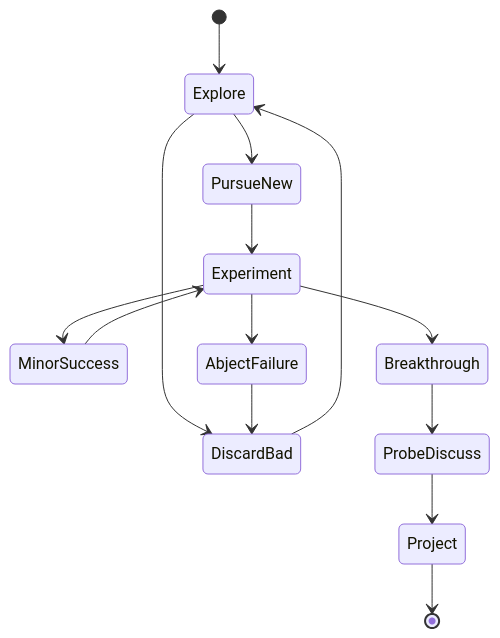
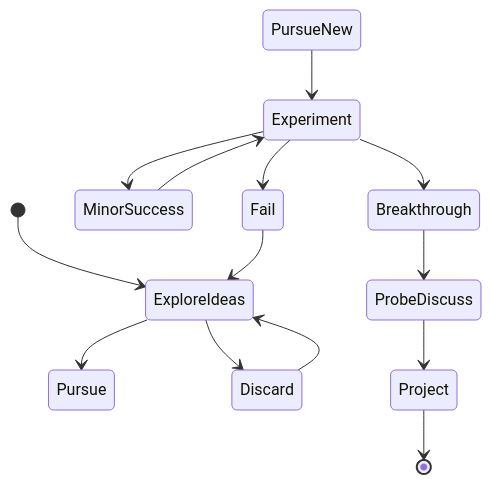
One commit to feloundou/personal-page changed the first of 2 diagrams in content/post/my-first-post.md. Above: the diagram before and after it, drawn with Mermaid.

````diff
--- a/content/post/my-first-post.md
+++ b/content/post/my-first-post.md
@@ -12,18 +12,18 @@
 ```mermaid
 stateDiagram
-[*] --> Explore
-Explore --> PursueNew
-Explore --> DiscardBad
-DiscardBad --> Explore
+[*] --> ExploreIdeas
+ExploreIdeas --> Pursue
+ExploreIdeas --> Discard
+Discard --> ExploreIdeas
 PursueNew --> Experiment
 Experiment --> MinorSuccess
-Experiment --> AbjectFailure
+Experiment --> Fail
 Experiment --> Breakthrough
-AbjectFailure --> DiscardBad
+Fail --> ExploreIdeas
 MinorSuccess --> Experiment
 Breakthrough --> ProbeDiscuss
 ProbeDiscuss --> Project
 Project --> [*]
 
 
 ```
````
